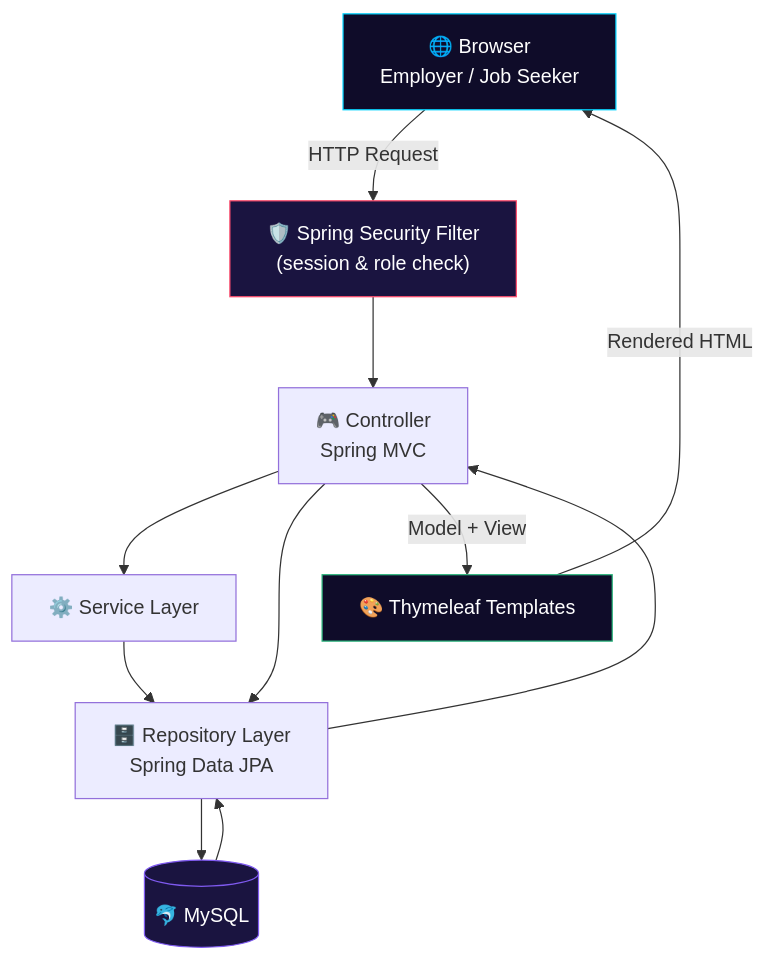
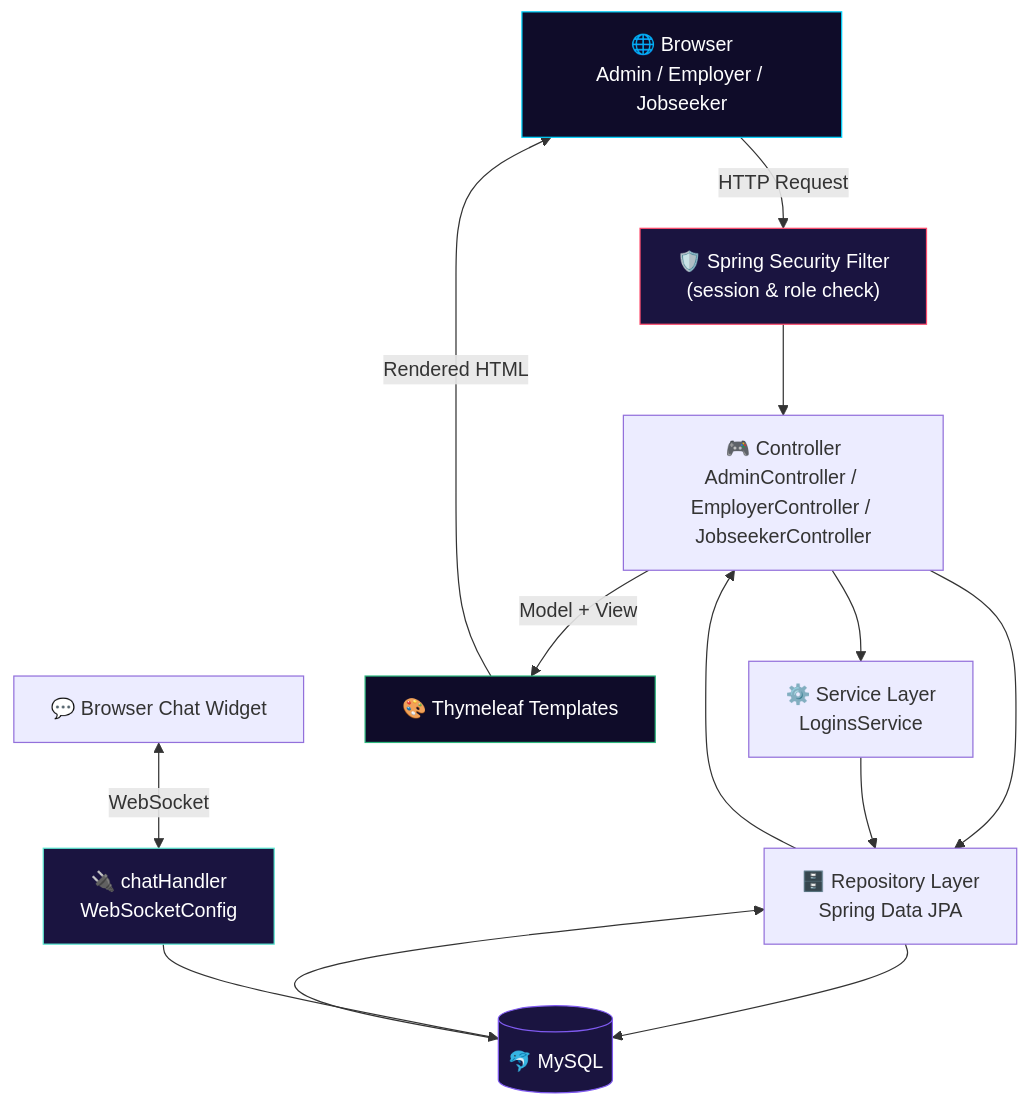
The diagram in README.md (Nesara29/prajju), drawn with Mermaid before and after one commit. The commit also changed other lines of this file, not shown here.

````diff
--- a/README.md
+++ b/README.md
@@ -91,18 +106,22 @@
 ```mermaid
 flowchart TD
-    A["🌐 Browser<br/>Employer / Job Seeker"] -->|"HTTP Request"| B["🛡️ Spring Security Filter<br/>(session & role check)"]
-    B --> C["🎮 Controller<br/>Spring MVC"]
-    C --> D["⚙️ Service Layer"]
+    A["🌐 Browser<br/>Admin / Employer / Jobseeker"] -->|"HTTP Request"| B["🛡️ Spring Security Filter<br/>(session & role check)"]
+    B --> C["🎮 Controller<br/>AdminController / EmployerController / JobseekerController"]
+    C --> D["⚙️ Service Layer<br/>LoginsService"]
     C --> E["🗄️ Repository Layer<br/>Spring Data JPA"]
     D --> E
     E --> F[("🐬 MySQL")]
     F --> E
     E --> C
     C -->|"Model + View"| G["🎨 Thymeleaf Templates"]
     G -->|"Rendered HTML"| A
 
+    H["💬 Browser Chat Widget"] <-->|"WebSocket"| I["🔌 chatHandler<br/>WebSocketConfig"]
+    I --> F
+
     style A fill:#0f0c29,stroke:#00d4ff,color:#ffffff
     style B fill:#1a1440,stroke:#ff4d6d,color:#ffffff
     style G fill:#0f0c29,stroke:#2cb67d,color:#ffffff
     style F fill:#1a1440,stroke:#7f5af0,color:#ffffff
+    style I fill:#1a1440,stroke:#5EEAD4,color:#ffffff
 ```
````
